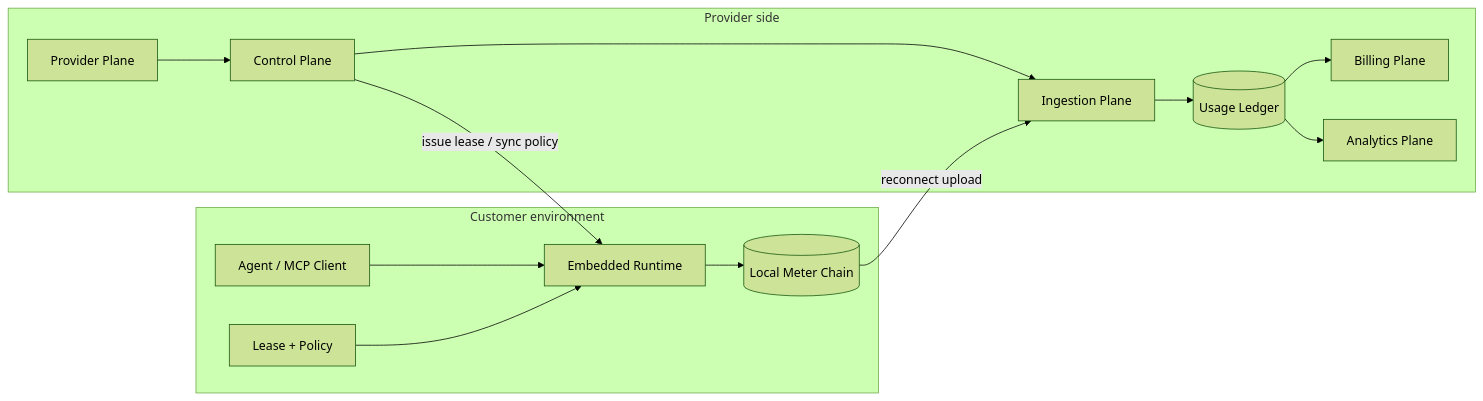
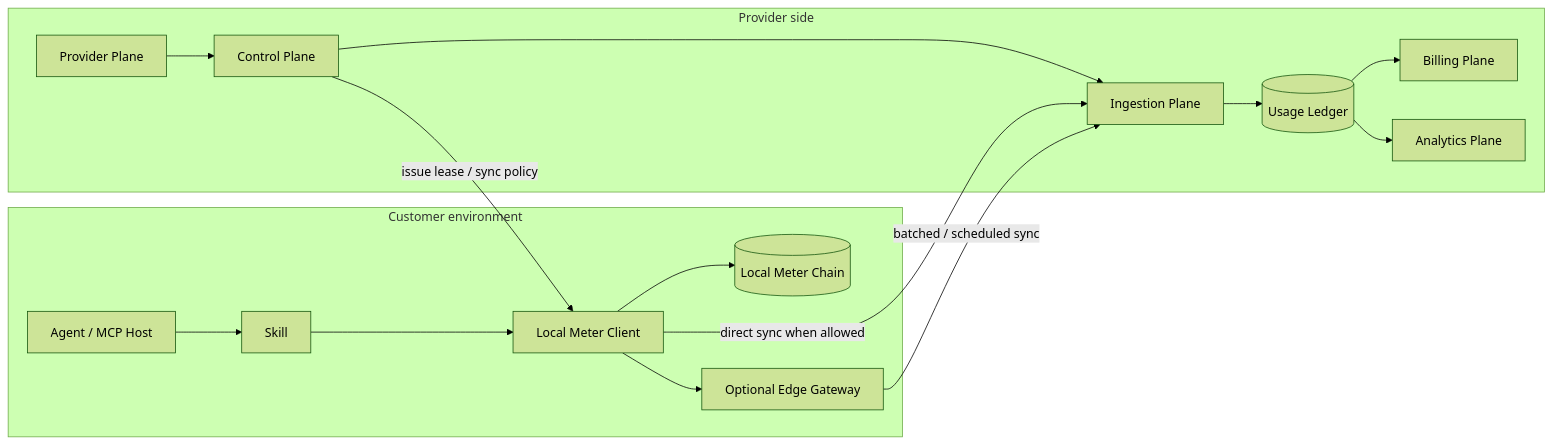
One commit to shizlie/skillpack changed the first of 4 diagrams in PRODUCT.md. Above: the diagram before and after it, drawn with Mermaid (forest theme). The commit also changed other lines of this file and 36 other files, not shown here.

First line of the commit message:
feat: harden hosted deploy and direct meter flow (#8)

````diff
--- a/PRODUCT.md
+++ b/PRODUCT.md
@@ -270,29 +348,32 @@
 ```mermaid
 flowchart LR
     subgraph Provider["Provider side"]
       PP["Provider Plane"]
       CP["Control Plane"]
       IP["Ingestion Plane"]
       LP[("Usage Ledger")]
       BP["Billing Plane"]
       AP["Analytics Plane"]
       PP --> CP
       CP --> IP
       IP --> LP
       LP --> BP
       LP --> AP
     end
 
     subgraph Customer["Customer environment"]
-      RT["Embedded Runtime"]
-      LT["Lease + Policy"]
+      AG["Agent / MCP Host"]
+      SK["Skill"]
+      LMC["Local Meter Client"]
       MLOG[("Local Meter Chain")]
-      AG["Agent / MCP Client"]
-      AG --> RT
-      LT --> RT
-      RT --> MLOG
+      EG["Optional Edge Gateway"]
+      AG --> SK
+      SK --> LMC
+      LMC --> MLOG
+      LMC --> EG
     end
 
-    CP -->|"issue lease / sync policy"| RT
-    MLOG -->|"reconnect upload"| IP
+    CP -->|"issue lease / sync policy"| LMC
+    LMC -->|"direct sync when allowed"| IP
+    EG -->|"batched / scheduled sync"| IP
 ```
````
